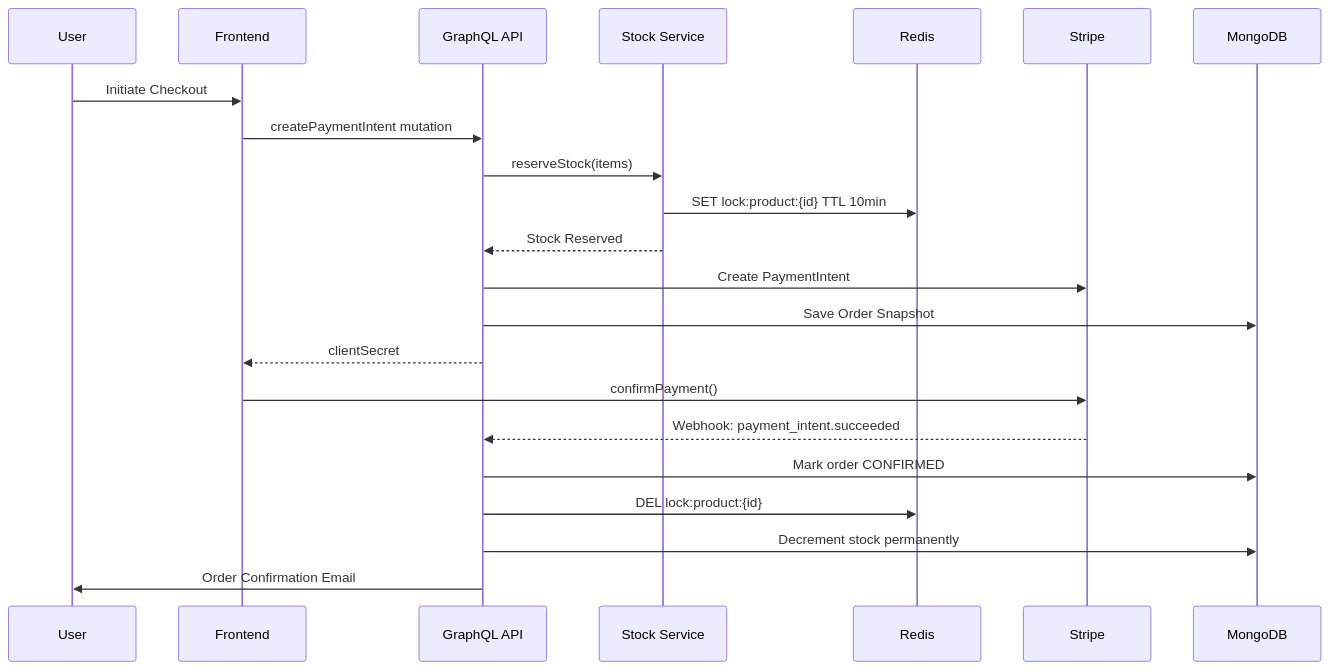
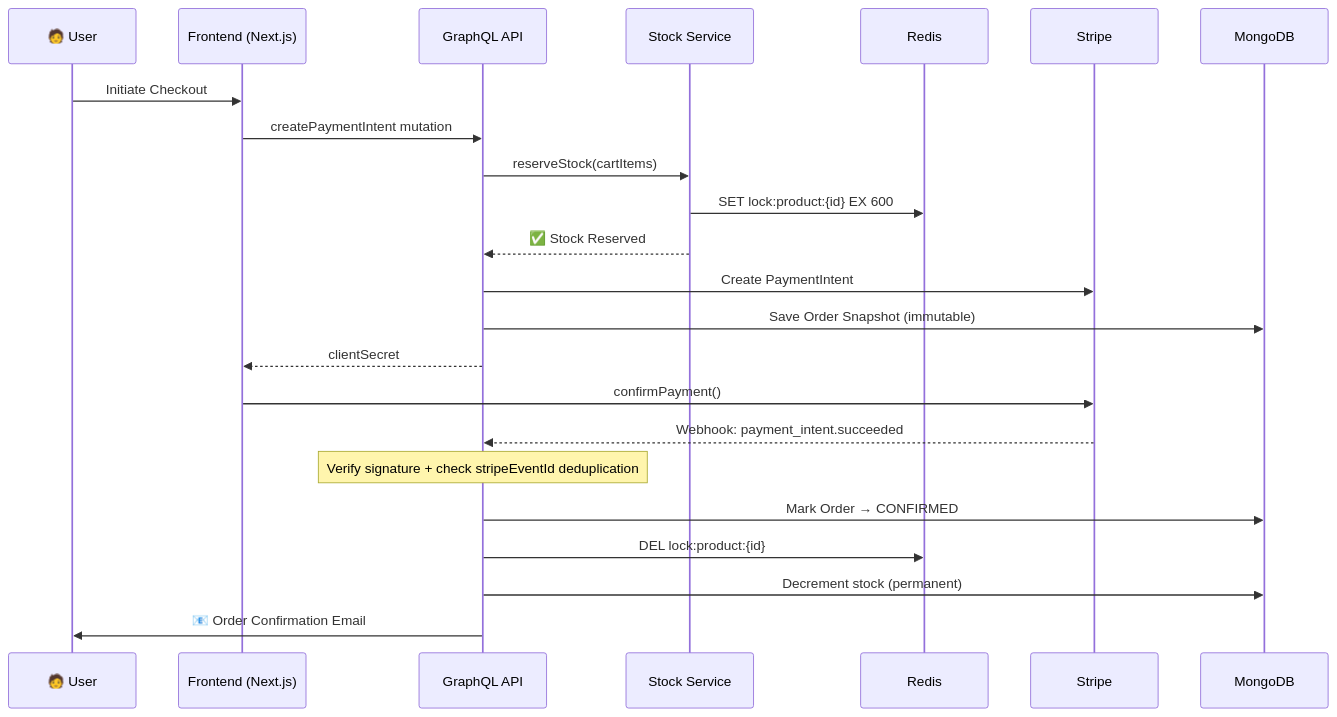
One commit to AnkitShukla2405/Zynora changed the second of 3 diagrams in README.md. Above: the diagram before and after it, drawn with Mermaid. The commit also changed other lines of this file, not shown here.

````diff
--- a/README.md
+++ b/README.md
@@ -132,25 +166,26 @@
 ```mermaid
 sequenceDiagram
-    participant U as User
-    participant FE as Frontend
+    participant U as 🧑 User
+    participant FE as Frontend (Next.js)
     participant GQL as GraphQL API
     participant SR as Stock Service
     participant Redis
     participant Stripe
     participant DB as MongoDB
 
     U->>FE: Initiate Checkout
     FE->>GQL: createPaymentIntent mutation
-    GQL->>SR: reserveStock(items)
-    SR->>Redis: SET lock:product:{id} TTL 10min
-    SR-->>GQL: Stock Reserved
+    GQL->>SR: reserveStock(cartItems)
+    SR->>Redis: SET lock:product:{id} EX 600
+    SR-->>GQL: ✅ Stock Reserved
     GQL->>Stripe: Create PaymentIntent
-    GQL->>DB: Save Order Snapshot
+    GQL->>DB: Save Order Snapshot (immutable)
     GQL-->>FE: clientSecret
     FE->>Stripe: confirmPayment()
     Stripe-->>GQL: Webhook: payment_intent.succeeded
-    GQL->>DB: Mark order CONFIRMED
+    Note over GQL: Verify signature + check stripeEventId deduplication
+    GQL->>DB: Mark Order → CONFIRMED
     GQL->>Redis: DEL lock:product:{id}
-    GQL->>DB: Decrement stock permanently
-    GQL->>U: Order Confirmation Email
+    GQL->>DB: Decrement stock (permanent)
+    GQL->>U: 📧 Order Confirmation Email
 ```
````
